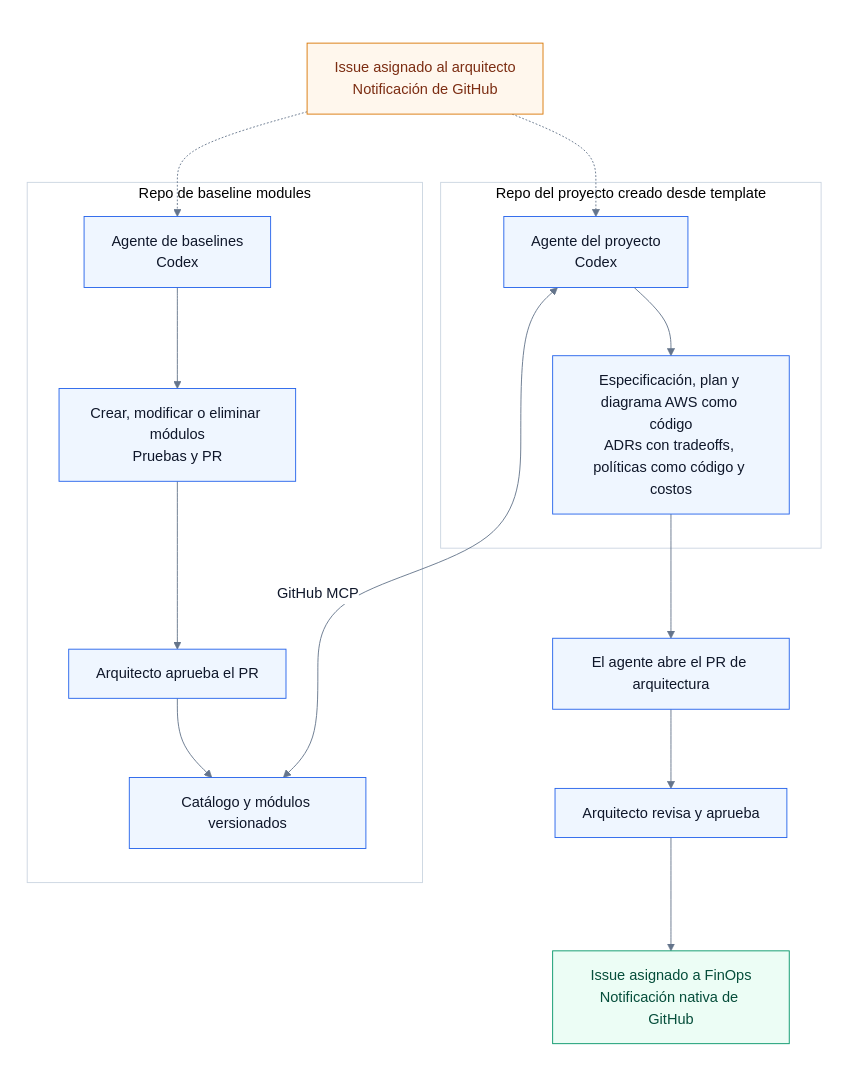
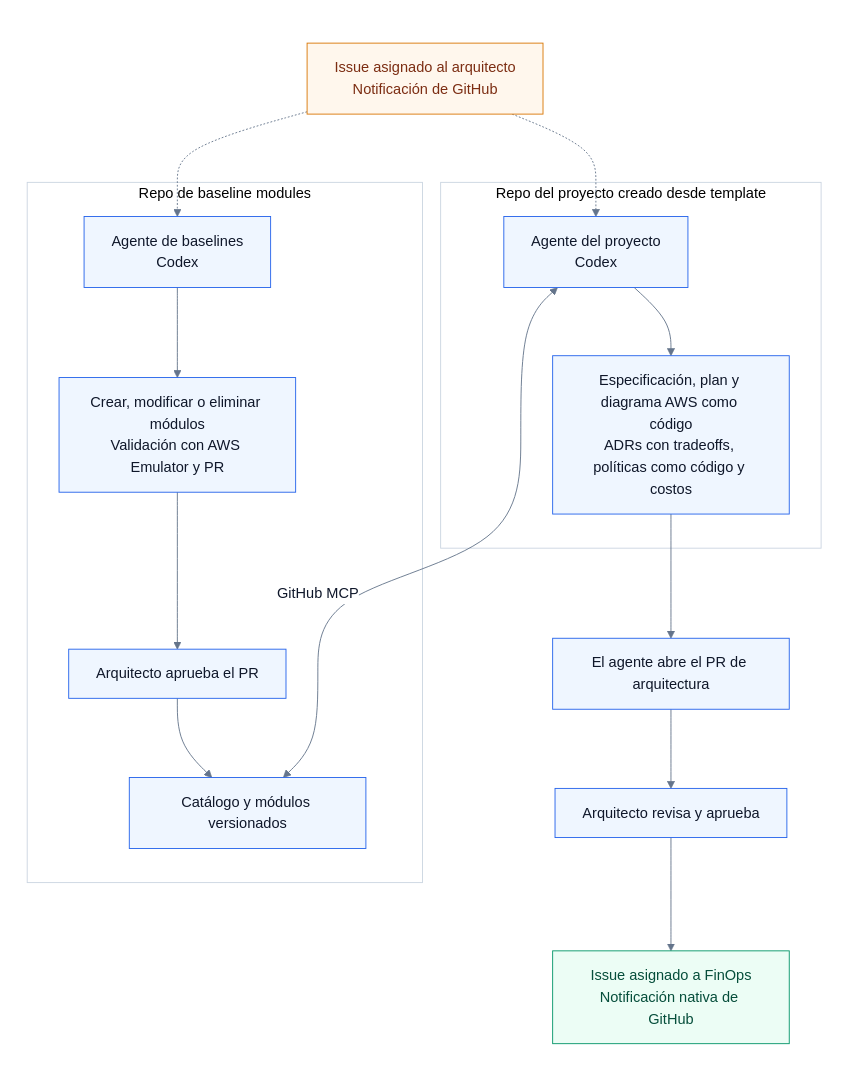
Before and after one commit to marcor0311/aws-cloud-consultant-agent: the third of 6 diagrams in issues.md, drawn with Mermaid. The commit also changed other lines of this file, not shown here.

Commit message:
docs: exigir AWS Emulator para validar baselines

````diff
--- a/issues.md
+++ b/issues.md
@@ -95,32 +95,32 @@
 ```mermaid
 %%{init: {"theme":"base","themeVariables":{"darkMode":false,"background":"#ffffff","primaryColor":"#eff6ff","primaryTextColor":"#0f172a","primaryBorderColor":"#2563eb","lineColor":"#64748b","edgeLabelBackground":"#ffffff","clusterBkg":"#ffffff","clusterBorder":"#cbd5e1"},"flowchart":{"diagramPadding":0}}}%%
 flowchart TB
     subgraph lienzo[" "]
         direction TB
         arquitecto["Issue asignado al arquitecto<br/>Notificación de GitHub"]
         subgraph proyecto["Repo del proyecto creado desde template"]
             agenteProyecto["Agente del proyecto<br/>Codex"]
             diseno["Especificación, plan y diagrama AWS como código<br/>ADRs con tradeoffs, políticas como código y costos"]
             agenteProyecto --> diseno
         end
         subgraph baselines["Repo de baseline modules"]
             agenteBaselines["Agente de baselines<br/>Codex"]
-            cambios["Crear, modificar o eliminar módulos<br/>Pruebas y PR"]
+            cambios["Crear, modificar o eliminar módulos<br/>Validación con AWS Emulator y PR"]
             aprobacionBaseline["Arquitecto aprueba el PR"]
             catalogo["Catálogo y módulos versionados"]
             agenteBaselines --> cambios --> aprobacionBaseline --> catalogo
         end
         arquitecto -.-> agenteProyecto
         arquitecto -.-> agenteBaselines
         agenteProyecto <-->|GitHub MCP| catalogo
         diseno --> pr["El agente abre el PR de arquitectura"]
         pr --> aprobacion["Arquitecto revisa y aprueba"]
         aprobacion --> entrega["Issue asignado a FinOps<br/>Notificación nativa de GitHub"]
         classDef default fill:#eff6ff,stroke:#2563eb,color:#0f172a;
         classDef inicio fill:#fff7ed,stroke:#d97706,color:#7c2d12;
         classDef handoff fill:#ecfdf5,stroke:#059669,color:#064e3b;
         class arquitecto inicio;
         class entrega handoff;
     end
     style lienzo fill:#ffffff,stroke:#ffffff,stroke-width:128px;
 ```
````
